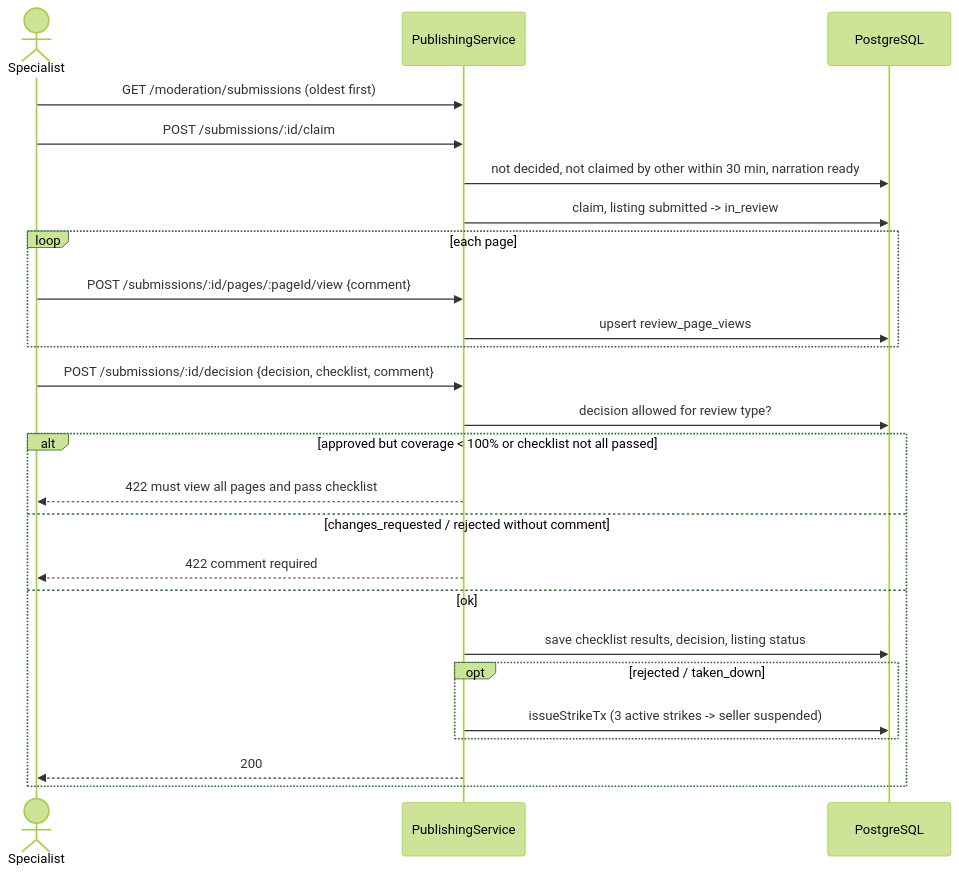
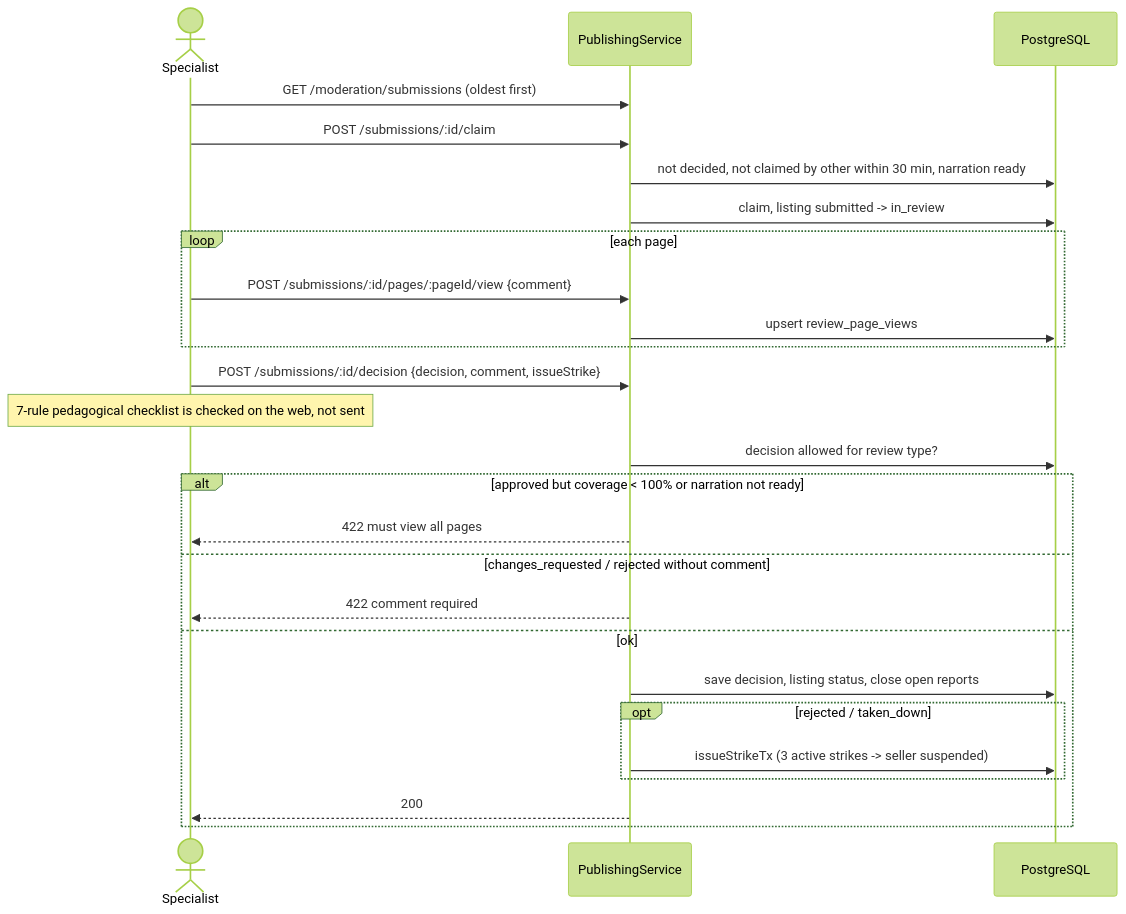
Before and after one commit to SEP490-GFA26SE186/BE: the diagram in docs/diagrams/sdd/3.6-seq-review.mmd, drawn with Mermaid (forest theme). The commit also changed 23 other files, not shown here.

Commit message:
Update diagrams and add new sequences for admin and analysis features; enhance class structures and use cases for better clarity and functionality.

```diff
--- a/docs/diagrams/sdd/3.6-seq-review.mmd
+++ b/docs/diagrams/sdd/3.6-seq-review.mmd
@@ -1,25 +1,26 @@
 sequenceDiagram
   actor M as Specialist
   participant API as PublishingService
   participant DB as PostgreSQL
   M->>API: GET /moderation/submissions (oldest first)
   M->>API: POST /submissions/:id/claim
   API->>DB: not decided, not claimed by other within 30 min, narration ready
   API->>DB: claim, listing submitted -> in_review
   loop each page
     M->>API: POST /submissions/:id/pages/:pageId/view {comment}
     API->>DB: upsert review_page_views
   end
-  M->>API: POST /submissions/:id/decision {decision, checklist, comment}
+  M->>API: POST /submissions/:id/decision {decision, comment, issueStrike}
+  Note over M: 7-rule pedagogical checklist is checked on the web, not sent
   API->>DB: decision allowed for review type?
-  alt approved but coverage < 100% or checklist not all passed
-    API-->>M: 422 must view all pages and pass checklist
+  alt approved but coverage < 100% or narration not ready
+    API-->>M: 422 must view all pages
   else changes_requested / rejected without comment
     API-->>M: 422 comment required
   else ok
-    API->>DB: save checklist results, decision, listing status
+    API->>DB: save decision, listing status, close open reports
     opt rejected / taken_down
       API->>DB: issueStrikeTx (3 active strikes -> seller suspended)
     end
     API-->>M: 200
   end
```
